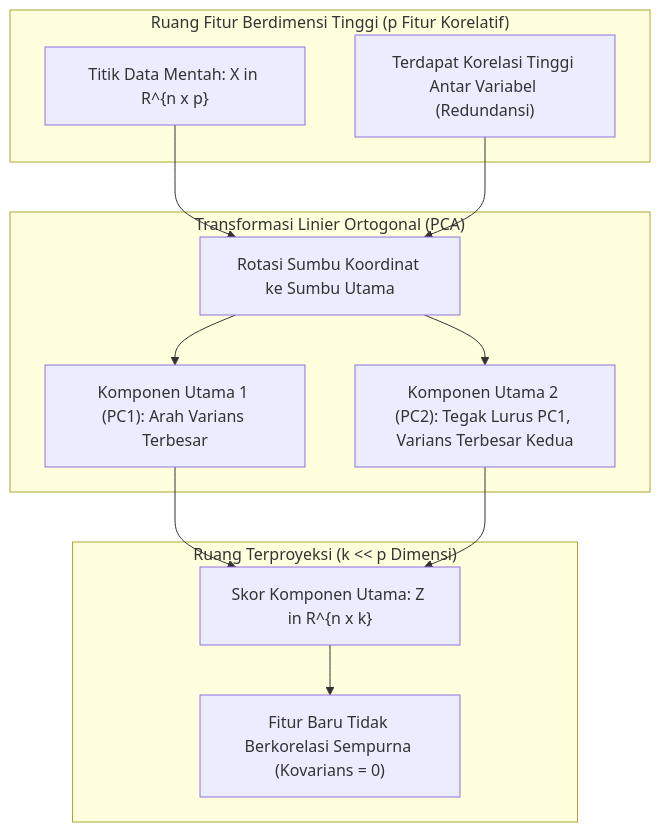
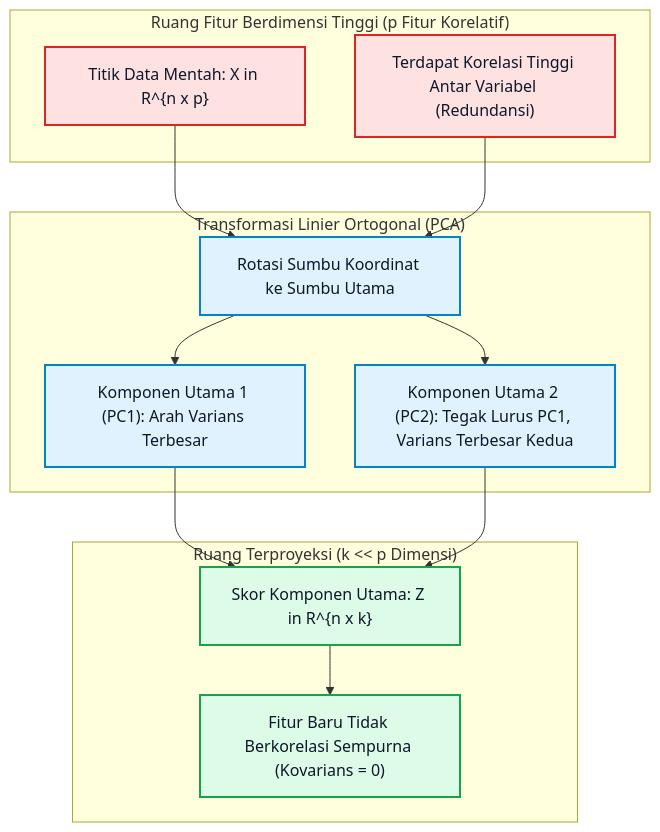
One commit to Rizki2204/ultimate-learning-paths changed the first of 2 diagrams in curriculum/01-fondasi-matematika/011-aljabar-linier-teori-matriks/08-pca-analisis-komponen-utama.md. Above: the diagram before and after it, drawn with Mermaid. The commit also changed other lines of this file and 13 other files, not shown here.

First line of the commit message:
fix(pilot-011): standardize GitHub Markdown math rendering and mermaid contrast

````diff
--- a/curriculum/01-fondasi-matematika/011-aljabar-linier-teori-matriks/08-pca-analisis-komponen-utama.md
+++ b/curriculum/01-fondasi-matematika/011-aljabar-linier-teori-matriks/08-pca-analisis-komponen-utama.md
@@ -36,26 +36,34 @@
 ```mermaid
 flowchart TD
     subgraph RuangAsli ["Ruang Fitur Berdimensi Tinggi (p Fitur Korelatif)"]
         X["Titik Data Mentah: X in R^{n x p}"]
         Correl["Terdapat Korelasi Tinggi Antar Variabel (Redundansi)"]
     end
 
     subgraph TransformasiPCA ["Transformasi Linier Ortogonal (PCA)"]
         Rotasi["Rotasi Sumbu Koordinat ke Sumbu Utama"]
         PC1["Komponen Utama 1 (PC1): Arah Varians Terbesar"]
         PC2["Komponen Utama 2 (PC2): Tegak Lurus PC1, Varians Terbesar Kedua"]
     end
 
     subgraph RuangLaten ["Ruang Terproyeksi (k << p Dimensi)"]
         Z["Skor Komponen Utama: Z in R^{n x k}"]
         Decoupled["Fitur Baru Tidak Berkorelasi Sempurna (Kovarians = 0)"]
     end
 
     X --> Rotasi
     Correl --> Rotasi
     Rotasi --> PC1
     Rotasi --> PC2
     PC1 --> Z
     PC2 --> Z
     Z --> Decoupled
+
+    classDef orig fill:#fee2e2,stroke:#dc2626,stroke-width:2px,color:#0f172a;
+    classDef trans fill:#e0f2fe,stroke:#0284c7,stroke-width:2px,color:#0f172a;
+    classDef latent fill:#dcfce7,stroke:#16a34a,stroke-width:2px,color:#0f172a;
+
+    class X,Correl orig;
+    class Rotasi,PC1,PC2 trans;
+    class Z,Decoupled latent;
 ```
````
